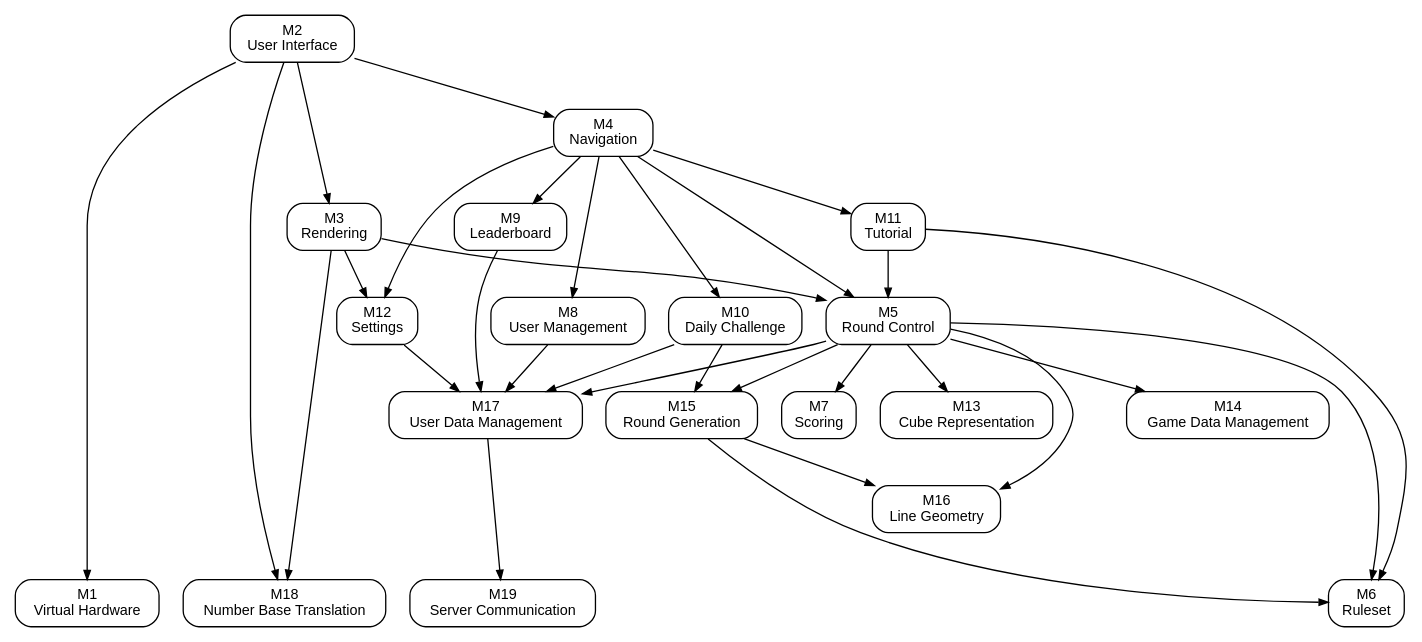
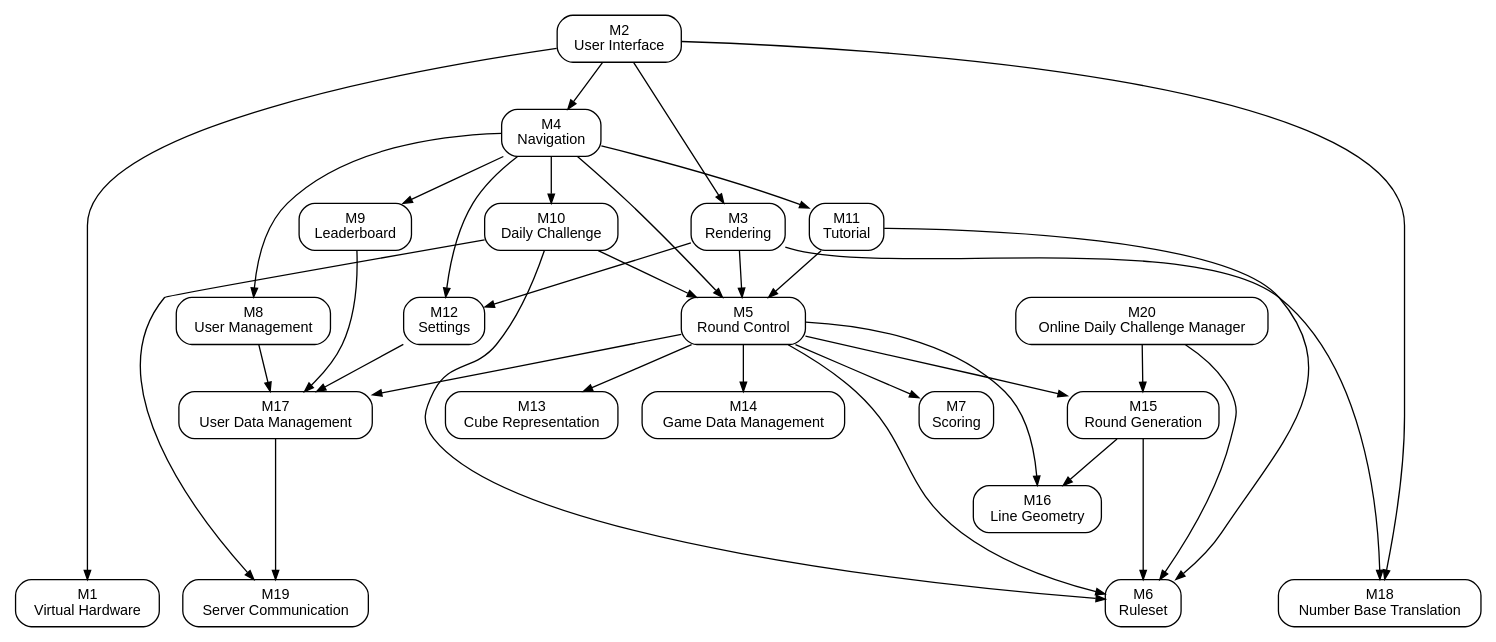
Before and after one commit to Jacob-MB/magic-8: the diagram in docs/Design/SoftArchitecture/UsesHierarchy.dot, drawn with Graphviz. The commit also changed 2 other files, not shown here.

Commit message:
Updated How Daily Challenge Functions

```diff
--- a/docs/Design/SoftArchitecture/UsesHierarchy.dot
+++ b/docs/Design/SoftArchitecture/UsesHierarchy.dot
@@ -1,52 +1,55 @@
 // Uses hierarchy for the Magic 8 Module Guide (MG.tex, Figure "Use hierarchy among modules").
 // An arrow A -> B means module A uses module B.
 // Regenerate the figure with:
 //   dot -Tpdf UsesHierarchy.dot -o UsesHierarchy.pdf
 
 digraph UsesHierarchy {
     rankdir = TB;
     node [shape = box, style = rounded, fontname = "Helvetica", fontsize = 11];
     edge [arrowsize = 0.7];
 
     // Hardware-hiding modules
     VH  [label = "M1\nVirtual Hardware"];
 
     // Behaviour-hiding modules
     UI  [label = "M2\nUser Interface"];
     RE  [label = "M3\nRendering"];
     N   [label = "M4\nNavigation"];
     RC  [label = "M5\nRound Control"];
     R   [label = "M6\nRuleset"];
     SC  [label = "M7\nScoring"];
     UM  [label = "M8\nUser Management"];
     L   [label = "M9\nLeaderboard"];
     DC  [label = "M10\nDaily Challenge"];
     T   [label = "M11\nTutorial"];
     SE  [label = "M12\nSettings"];
 
     // Software decision modules
     CR  [label = "M13\nCube Representation"];
     GDM [label = "M14\nGame Data Management"];
     RG  [label = "M15\nRound Generation"];
     TG  [label = "M16\nLine Geometry"];
     UDM [label = "M17\nUser Data Management"];
     NBT [label = "M18\nNumber Base Translation"];
     SCM [label = "M19\nServer Communication"];
+    DCM [label = "M20\nOnline Daily Challenge Manager"];
 
     // Modules that use no other module sit on the bottom row
     { rank = sink; VH; R; NBT; SCM; }
 
     // User Interface is the only point of contact with the user, so it sits at the top
     UI  -> { N RE NBT VH };
     N   -> { RC T DC UM L SE };
     T   -> { RC R };
-    DC  -> { RG UDM };
+    DC  -> { RC R SCM };
+    // Runs on the online server; Daily Challenge reaches its round only through Server Communication
+    DCM -> { RG R };
     RC  -> { RG TG SC GDM CR R UDM };
     RG  -> { TG R };
     // Rendering reads the state it draws from Round Control's read-only access programs
     RE  -> { RC NBT SE };
     UM  -> { UDM };
     L   -> UDM;
     SE  -> UDM;
     UDM -> SCM;
 }
```
